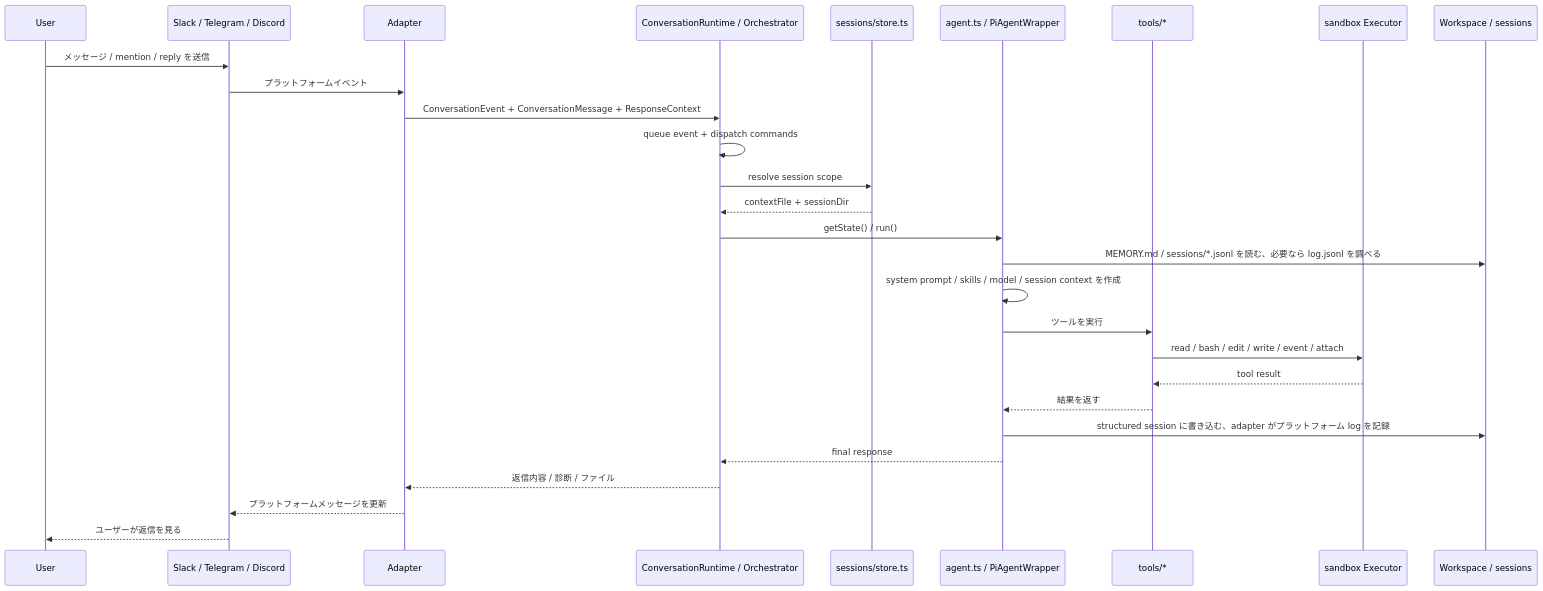
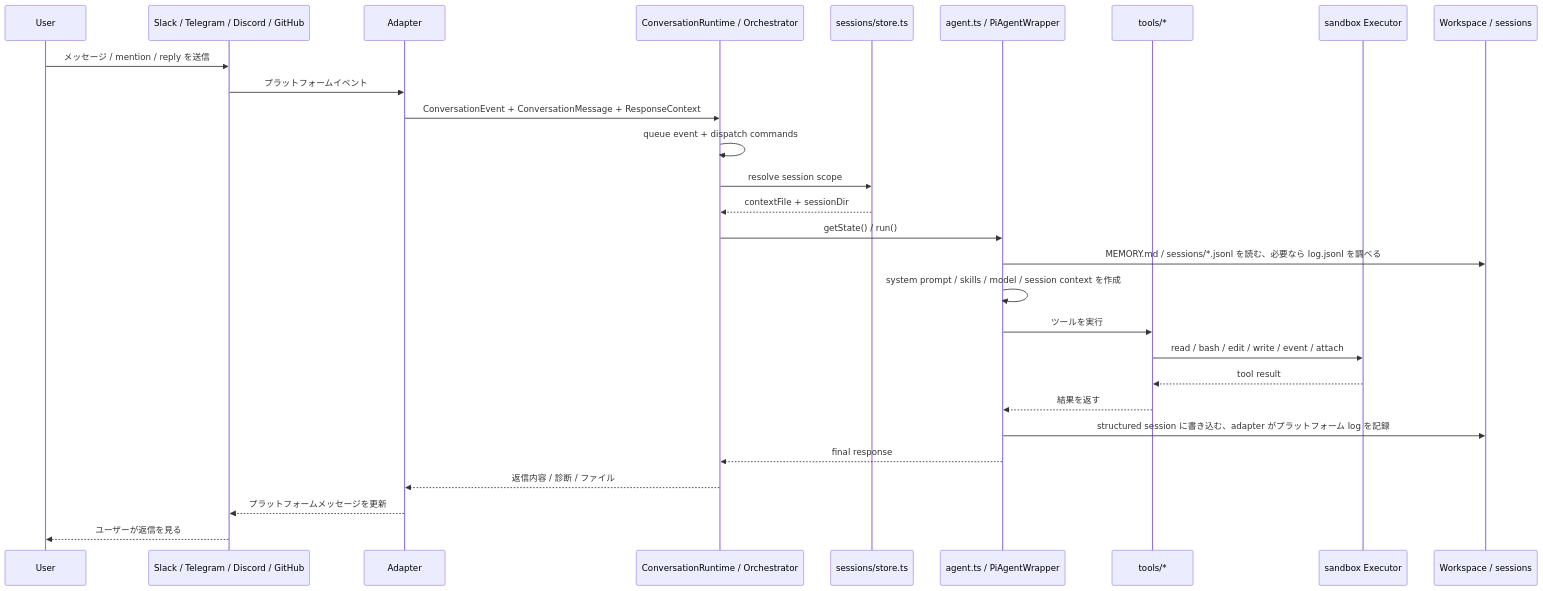
Before and after one commit to geminixiang/mikan: the first of 2 diagrams in src/content/docs/ja/architecture.md, drawn with Mermaid. The commit also changed other lines of this file and 76 other files, not shown here.

````diff
--- a/src/content/docs/ja/architecture.md
+++ b/src/content/docs/ja/architecture.md
@@ -105,31 +104,31 @@
 ```mermaid
 sequenceDiagram
   participant U as User
-  participant P as Slack / Telegram / Discord
+  participant P as Slack / Telegram / Discord / GitHub
   participant A as Adapter
   participant M as ConversationRuntime / Orchestrator
   participant S as sessions/store.ts
   participant R as agent.ts / PiAgentWrapper
   participant T as tools/*
   participant X as sandbox Executor
   participant W as Workspace / sessions
 
   U->>P: メッセージ / mention / reply を送信
   P->>A: プラットフォームイベント
   A->>M: ConversationEvent + ConversationMessage + ResponseContext
   M->>M: queue event + dispatch commands
   M->>S: resolve session scope
   S-->>M: contextFile + sessionDir
   M->>R: getState() / run()
   R->>W: MEMORY.md / sessions/*.jsonl を読む、必要なら log.jsonl を調べる
   R->>R: system prompt / skills / model / session context を作成
   R->>T: ツールを実行
   T->>X: read / bash / edit / write / event / attach
   X-->>T: tool result
   T-->>R: 結果を返す
   R->>W: structured session に書き込む、adapter がプラットフォーム log を記録
   R-->>M: final response
   M-->>A: 返信内容 / 診断 / ファイル
   A-->>P: プラットフォームメッセージを更新
   P-->>U: ユーザーが返信を見る
 ```
````
